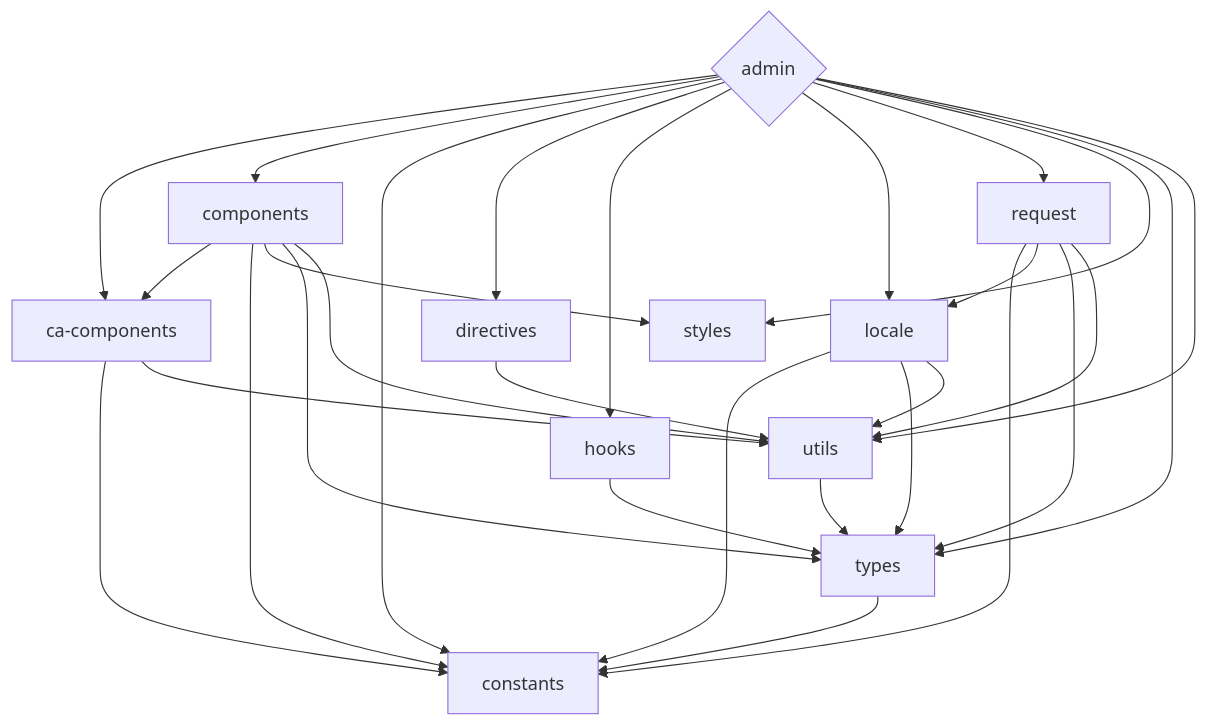
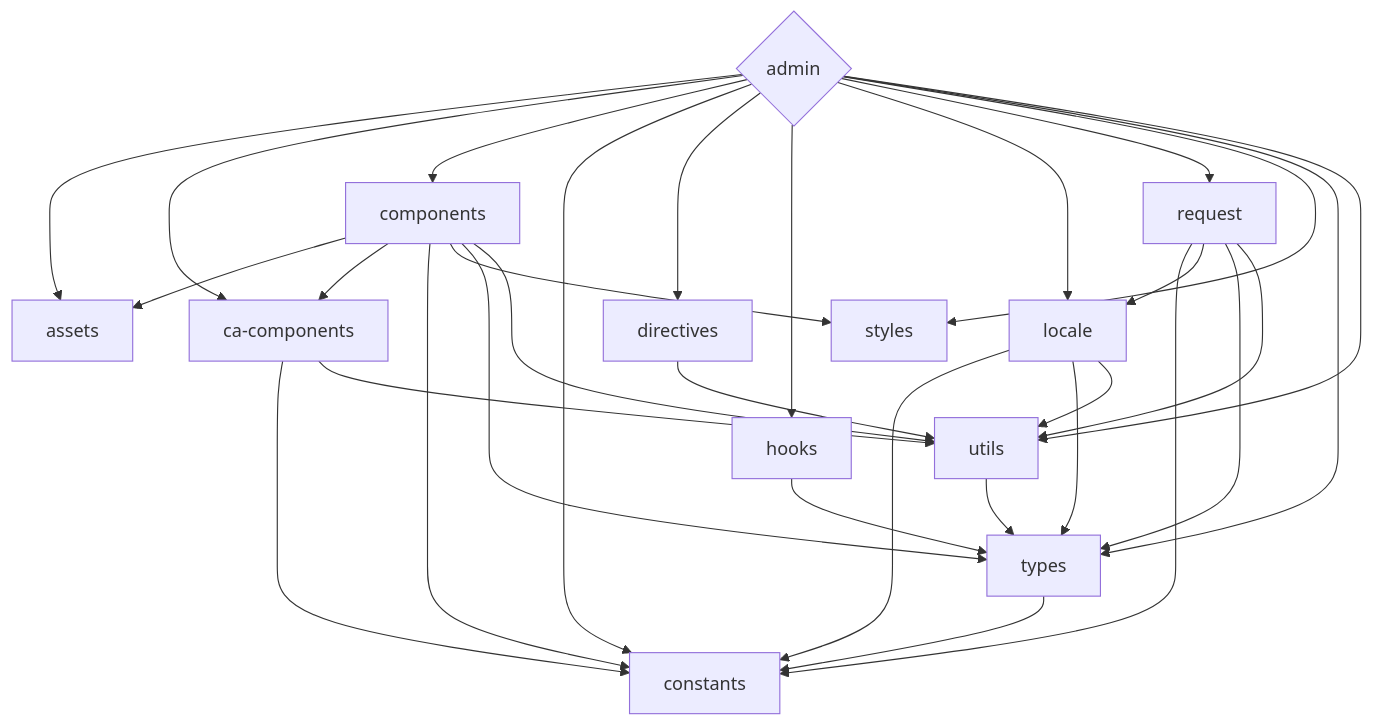
Before and after one commit to kirklin/celeris-web: the diagram in README.md, drawn with Mermaid. The commit also changed 12 other files, not shown here.

````diff
--- a/README.md
+++ b/README.md
@@ -50,41 +50,44 @@
 ```mermaid
  graph TD
    admin{admin}
+   admin --> assets
    admin --> ca-components
    admin --> components
    admin --> constants
    admin --> directives
    admin --> hooks
    admin --> locale
    admin --> request
    admin --> styles
    admin --> types
    admin --> utils
+   assets
    components
+   components --> assets
    components --> ca-components
    components --> constants
    components --> styles
    components --> types
    components --> utils
    ca-components
    ca-components --> constants
    ca-components --> utils
    directives
    directives --> utils
    hooks
    hooks --> types
    locale
    locale --> constants
    locale --> types
    locale --> utils
    request
    request --> constants
    request --> locale
    request --> types
    request --> utils
    types
    types --> constants
    utils
    utils --> types  
    
 ```
````
